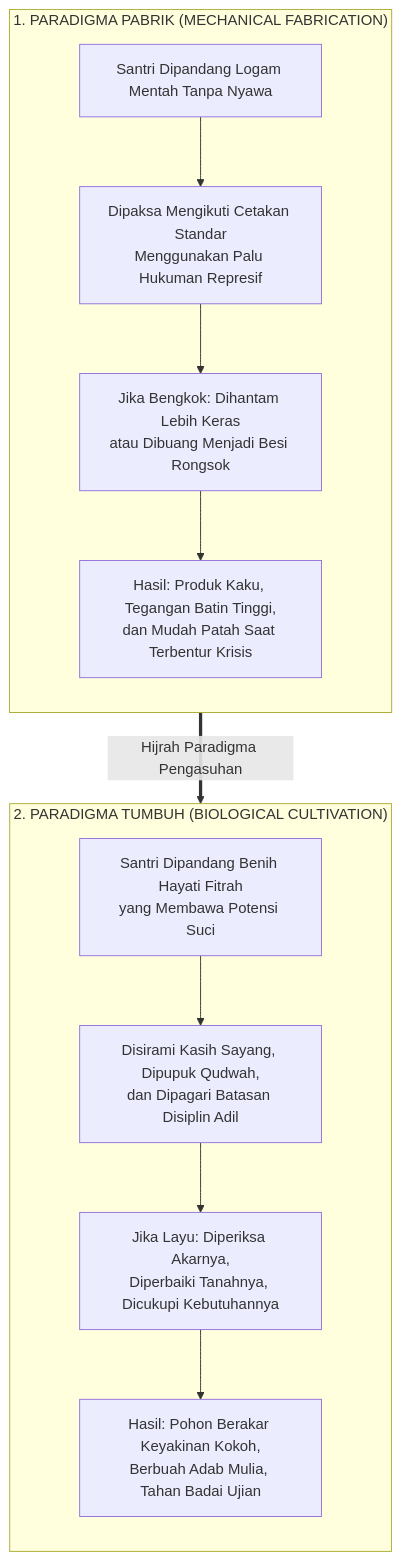
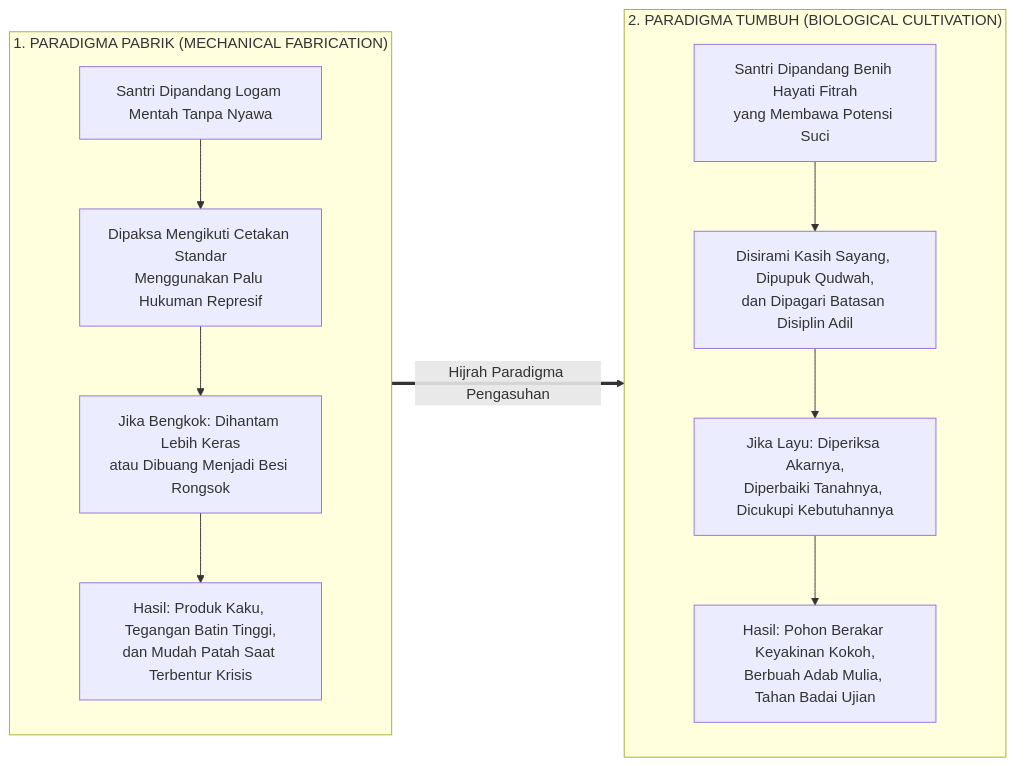
The fourth of 5 diagrams in BOOK Series 1/01-The-Fundamental-of-TUMBUH/Bab-01-Menatap-Krisis-Menegakkan-Orientasi.md (wandiapriliyandi/tumbuh), drawn with Mermaid before and after one commit. The commit also changed other lines of this file and 24 other files, not shown here.

Commit message:
fix(pdf): isolasi rendering mermaid dan optimasi proporsi diagram di seluruh bab

````diff
--- a/BOOK Series 1/01-The-Fundamental-of-TUMBUH/Bab-01-Menatap-Krisis-Menegakkan-Orientasi.md
+++ b/BOOK Series 1/01-The-Fundamental-of-TUMBUH/Bab-01-Menatap-Krisis-Menegakkan-Orientasi.md
@@ -193,22 +193,22 @@
 ```mermaid
-graph TD
+graph LR
     subgraph PARADIGMA_PABRIK["1. PARADIGMA PABRIK (MECHANICAL FABRICATION)"]
         direction TB
         P1["Santri Dipandang Logam Mentah Tanpa Nyawa"]
         P2["Dipaksa Mengikuti Cetakan Standar<br/>Menggunakan Palu Hukuman Represif"]
         P3["Jika Bengkok: Dihantam Lebih Keras<br/>atau Dibuang Menjadi Besi Rongsok"]
         P4["Hasil: Produk Kaku, Tegangan Batin Tinggi,<br/>dan Mudah Patah Saat Terbentur Krisis"]
         P1 --> P2 --> P3 --> P4
     end
 
     subgraph PARADIGMA_TUMBUH["2. PARADIGMA TUMBUH (BIOLOGICAL CULTIVATION)"]
         direction TB
         T1["Santri Dipandang Benih Hayati Fitrah<br/>yang Membawa Potensi Suci"]
         T2["Disirami Kasih Sayang, Dipupuk Qudwah,<br/>dan Dipagari Batasan Disiplin Adil"]
         T3["Jika Layu: Diperiksa Akarnya,<br/>Diperbaiki Tanahnya, Dicukupi Kebutuhannya"]
         T4["Hasil: Pohon Berakar Keyakinan Kokoh,<br/>Berbuah Adab Mulia, Tahan Badai Ujian"]
         T1 --> T2 --> T3 --> T4
     end
 
     PARADIGMA_PABRIK ==>|Hijrah Paradigma Pengasuhan| PARADIGMA_TUMBUH
 ```
````
